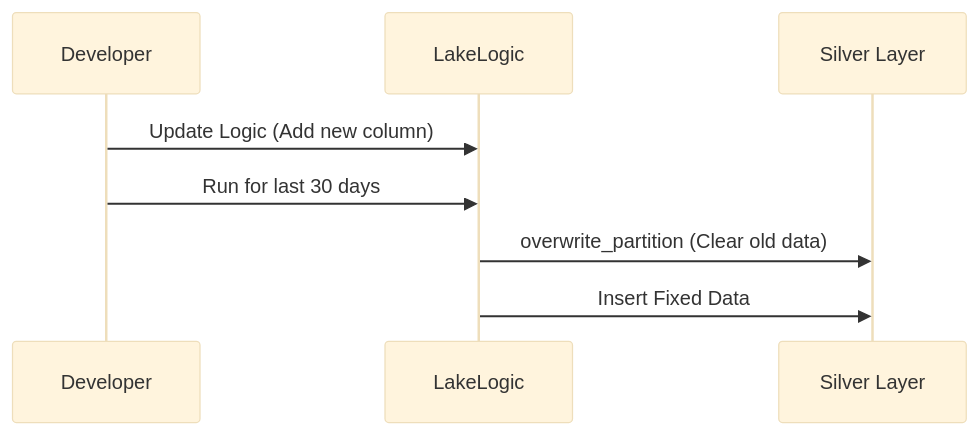
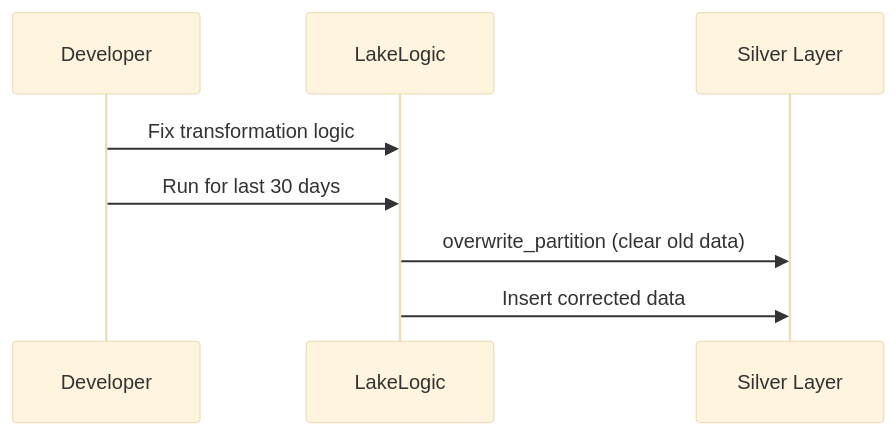
The diagram in docs/reprocessing.md (LakeLogic/LakeLogic), drawn with Mermaid (base theme) before and after one commit. The commit also changed other lines of this file and 132 other files, not shown here.

````diff
--- a/docs/reprocessing.md
+++ b/docs/reprocessing.md
@@ -39,11 +75,11 @@
 ```mermaid
 sequenceDiagram
     participant D as Developer
     participant L as LakeLogic
     participant S as Silver Layer
     
-    D->>L: Update Logic (Add new column)
+    D->>L: Fix transformation logic
     D->>L: Run for last 30 days
-    L->>S: overwrite_partition (Clear old data)
-    L->>S: Insert Fixed Data
+    L->>S: overwrite_partition (clear old data)
+    L->>S: Insert corrected data
 ```
````
